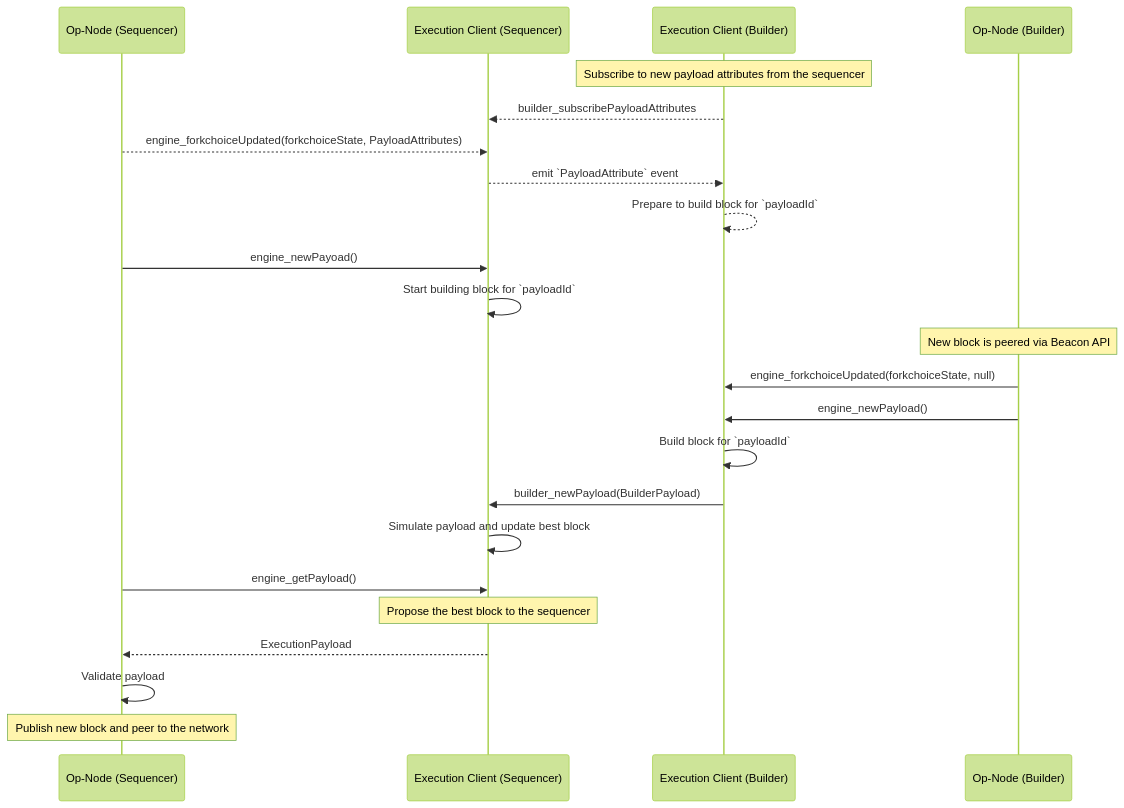
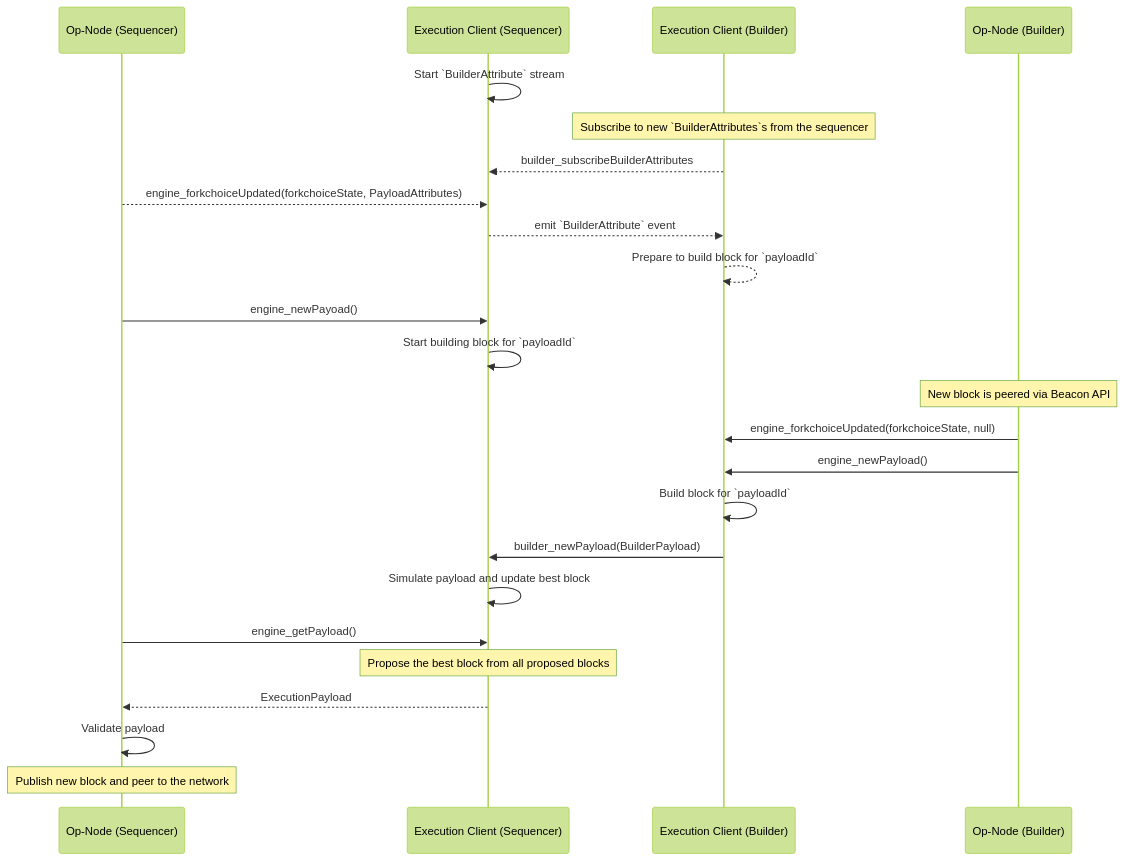
One commit to 0xKitsune/specs changed the diagram in specs/experimental/builder.md. Above: the diagram before and after it, drawn with Mermaid (forest theme). The commit also changed other lines of this file, not shown here.

Commit message:
sequencer builder interaction wip

````diff
--- a/specs/experimental/builder.md
+++ b/specs/experimental/builder.md
@@ -38,31 +38,33 @@
 ```mermaid
 sequenceDiagram
     participant CLS as Op-Node (Sequencer)
     participant ELS as Execution Client (Sequencer)
     participant ELB as Execution Client (Builder)
     participant CLB as Op-Node (Builder)
 
-    Note over ELB: Subscribe to new payload attributes from the sequencer
-    ELB-->>ELS: builder_subscribePayloadAttributes
+    ELS->>ELS: Start `BuilderAttribute` stream
+
+    Note over ELB: Subscribe to new `BuilderAttributes`s from the sequencer
+    ELB-->>ELS: builder_subscribeBuilderAttributes
 
     CLS-->>ELS: engine_forkchoiceUpdated(forkchoiceState, PayloadAttributes)
-    ELS-->>ELB: emit `PayloadAttribute` event
+    ELS-->>ELB: emit `BuilderAttribute` event
     ELB-->>ELB: Prepare to build block for `payloadId`
     CLS->>ELS: engine_newPayoad()
     ELS->>ELS: Start building block for `payloadId`
 
     Note over CLB: New block is peered via Beacon API
     CLB->>ELB: engine_forkchoiceUpdated(forkchoiceState, null)
     CLB->>ELB: engine_newPayload()
 
     ELB->>ELB: Build block for `payloadId`
     ELB->>ELS: builder_newPayload(BuilderPayload)
     ELS->>ELS: Simulate payload and update best block
 
     CLS->>ELS: engine_getPayload()
-    Note over ELS: Propose the best block to the sequencer
+    Note over ELS: Propose the best block from all proposed blocks
     ELS-->>CLS: ExecutionPayload
 
     CLS->>CLS: Validate payload
     Note over CLS: Publish new block and peer to the network
 ```
````
